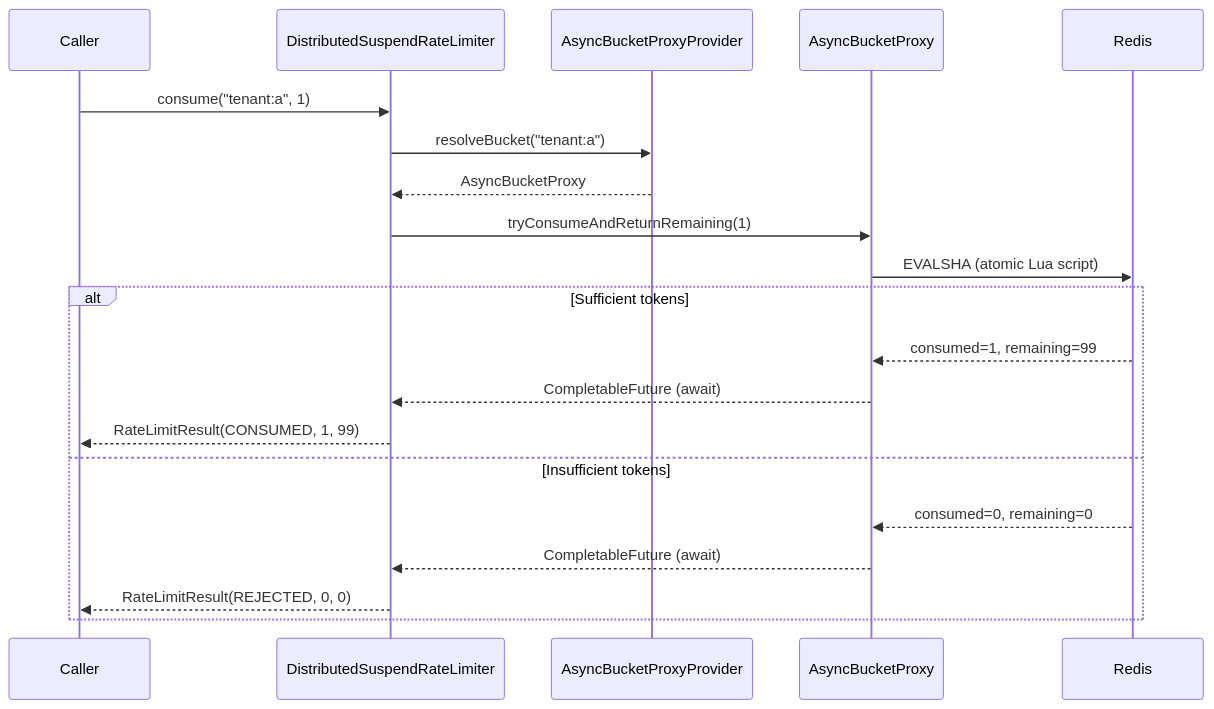
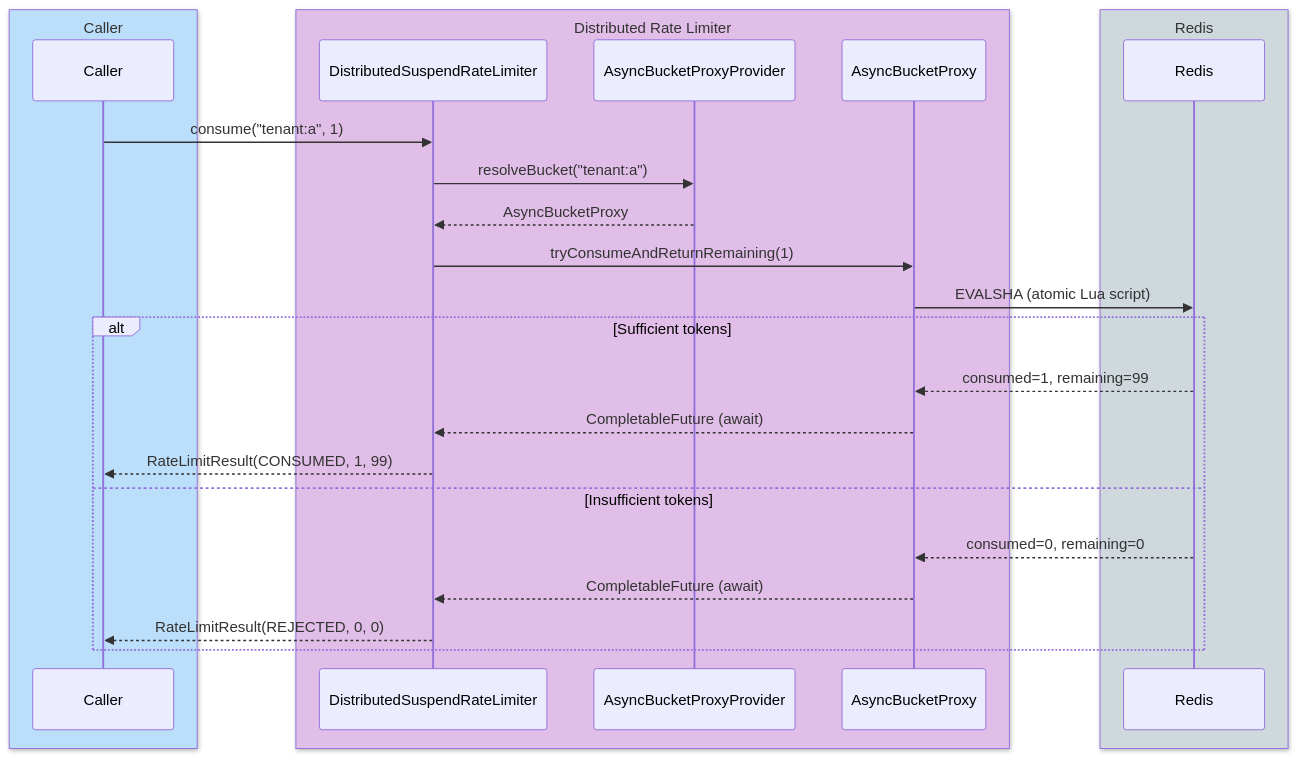
Before and after one commit to bluetape4k/bluetape4k-projects: the third of 3 diagrams in infra/bucket4j/README.md, drawn with Mermaid. The commit also changed other lines of this file and 221 other files, not shown here.

First line of the commit message:
docs: 전체 모듈 README UML 다이어그램 보강 및 색상 업그레이드

````diff
--- a/infra/bucket4j/README.md
+++ b/infra/bucket4j/README.md
@@ -160,23 +178,29 @@
 ```mermaid
 sequenceDiagram
+    box rgb(187,222,251) Caller
     participant Caller
+    end
+    box rgb(225,190,231) Distributed Rate Limiter
     participant DistributedSuspendRateLimiter
     participant AsyncBucketProxyProvider
     participant AsyncBucketProxy
+    end
+    box rgb(207,216,220) Redis
     participant Redis
+    end
     Caller ->> DistributedSuspendRateLimiter: consume("tenant:a", 1)
     DistributedSuspendRateLimiter ->> AsyncBucketProxyProvider: resolveBucket("tenant:a")
     AsyncBucketProxyProvider -->> DistributedSuspendRateLimiter: AsyncBucketProxy
     DistributedSuspendRateLimiter ->> AsyncBucketProxy: tryConsumeAndReturnRemaining(1)
     AsyncBucketProxy ->> Redis: EVALSHA (atomic Lua script)
 
     alt Sufficient tokens
         Redis -->> AsyncBucketProxy: consumed=1, remaining=99
         AsyncBucketProxy -->> DistributedSuspendRateLimiter: CompletableFuture (await)
         DistributedSuspendRateLimiter -->> Caller: RateLimitResult(CONSUMED, 1, 99)
     else Insufficient tokens
         Redis -->> AsyncBucketProxy: consumed=0, remaining=0
         AsyncBucketProxy -->> DistributedSuspendRateLimiter: CompletableFuture (await)
         DistributedSuspendRateLimiter -->> Caller: RateLimitResult(REJECTED, 0, 0)
     end
 ```
````
